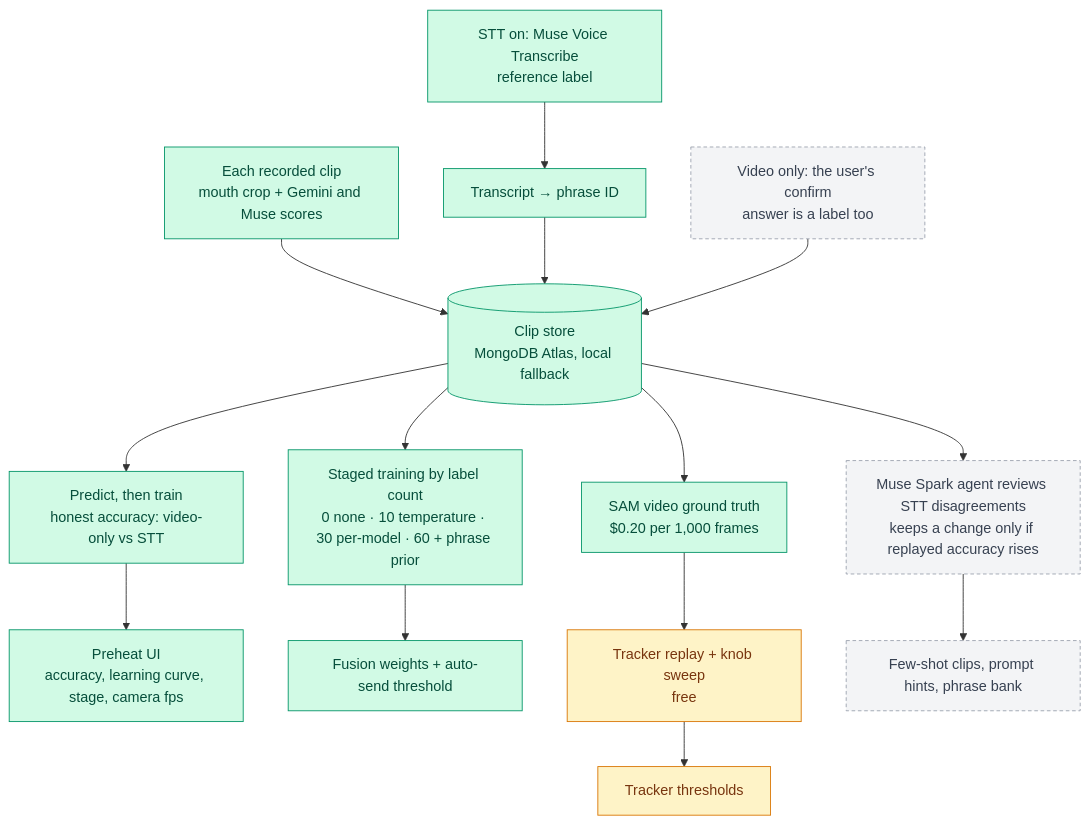
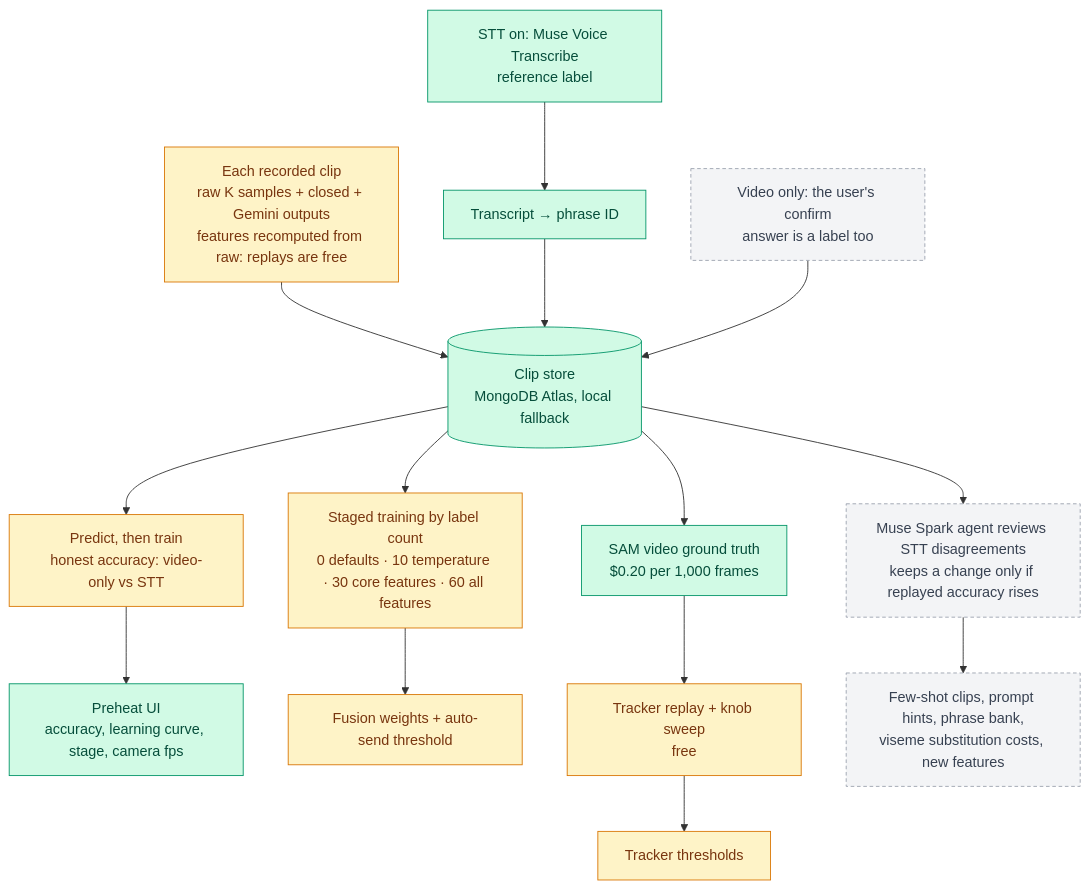
One commit to Darijan-Ducic/badge-machine changed the second of 2 diagrams in docs/pipeline.md. Above: the diagram before and after it, drawn with Mermaid. The commit also changed other lines of this file, not shown here.

Commit message:
docs: pipeline shows K-sample Muse calls, candidate pool, features, staged scorer (building)

````diff
--- a/docs/pipeline.md
+++ b/docs/pipeline.md
@@ -42,35 +45,35 @@
 ```mermaid
 flowchart TD
-  CLIP["Each recorded clip<br/>mouth crop + Gemini and Muse scores"]
+  CLIP["Each recorded clip<br/>raw K samples + closed + Gemini outputs<br/>features recomputed from raw: replays are free"]
   STT["STT on: Muse Voice Transcribe<br/>reference label"]
   CONF["Video only: the user's confirm<br/>answer is a label too"]
   MATCH["Transcript → phrase ID"]
   STORE[("Clip store<br/>MongoDB Atlas, local fallback")]
 
   PREQ["Predict, then train<br/>honest accuracy: video-only vs STT"]
   UI["Preheat UI<br/>accuracy, learning curve, stage, camera fps"]
-  STAGES["Staged training by label count<br/>0 none · 10 temperature · 30 per-model · 60 + phrase prior"]
+  STAGES["Staged training by label count<br/>0 defaults · 10 temperature · 30 core features · 60 all features"]
   FUSE["Fusion weights + auto-send threshold"]
 
   GT["SAM video ground truth<br/>$0.20 per 1,000 frames"]
   REPLAY["Tracker replay + knob sweep<br/>free"]
   KNOBS["Tracker thresholds"]
 
   AGENT["Muse Spark agent reviews STT disagreements<br/>keeps a change only if replayed accuracy rises"]
-  PROMPTS["Few-shot clips, prompt hints, phrase bank"]
+  PROMPTS["Few-shot clips, prompt hints, phrase bank,<br/>viseme substitution costs, new features"]
 
   CLIP --> STORE
   STT --> MATCH --> STORE
   CONF --> STORE
   STORE --> PREQ --> UI
   STORE --> STAGES --> FUSE
   STORE --> GT --> REPLAY --> KNOBS
   STORE --> AGENT --> PROMPTS
 
   classDef built fill:#d1fae5,stroke:#059669,color:#064e3b
   classDef building fill:#fef3c7,stroke:#d97706,color:#78350f
   classDef planned fill:#f3f4f6,stroke:#9ca3af,color:#374151,stroke-dasharray:4 3
-  class STT,MATCH,PREQ,STAGES,FUSE,CLIP,GT,STORE,UI built
-  class REPLAY,KNOBS building
+  class STT,MATCH,GT,STORE,UI built
+  class REPLAY,KNOBS,CLIP,STAGES,PREQ,FUSE building
   class CONF,AGENT,PROMPTS planned
 ```
````
